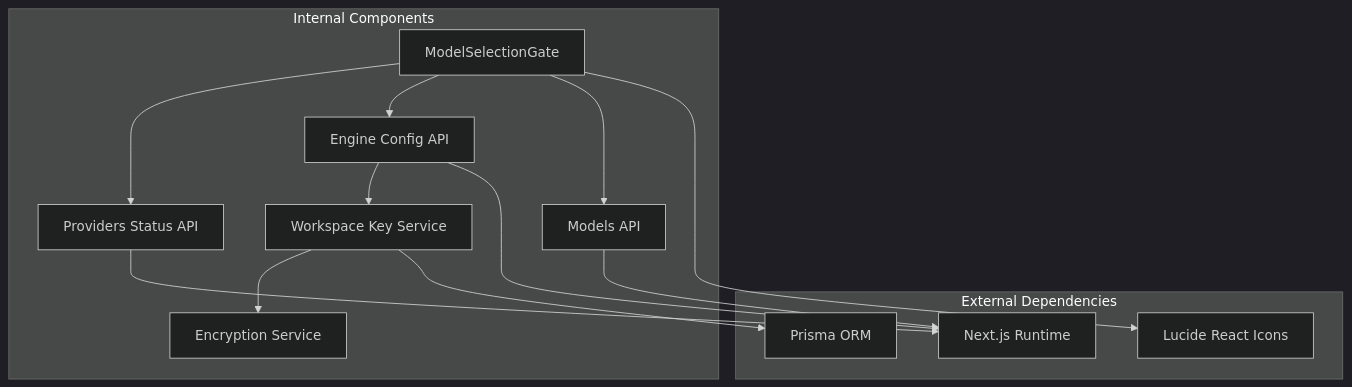
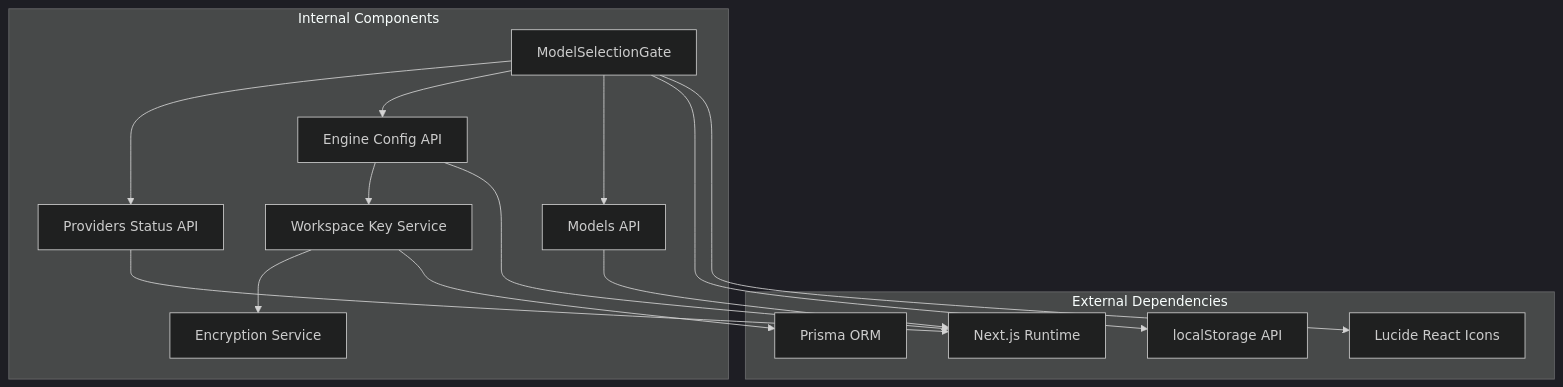
One commit to shekhargiri005-dotcom/AI-powered-accessibility-first-UI-engine changed the fifth of 5 diagrams in .qoder/repowiki/en/content/Model Selection Gate.md. Above: the diagram before and after it, drawn with Mermaid (dark theme). The commit also changed other lines of this file and 22 other files, not shown here.

````diff
--- a/.qoder/repowiki/en/content/Model Selection Gate.md
+++ b/.qoder/repowiki/en/content/Model Selection Gate.md
@@ -286,26 +355,28 @@
 ```mermaid
 graph TB
 subgraph "External Dependencies"
 LUCIDE[Lucide React Icons]
 NEXTJS[Next.js Runtime]
 PRISMA[Prisma ORM]
+LOCALSTORAGE[localStorage API]
 end
 subgraph "Internal Components"
 MSG[ModelSelectionGate]
 PSTATUS[Providers Status API]
 ECONFIG[Engine Config API]
 MAPI[Models API]
 WKS[Workspace Key Service]
 ENC[Encryption Service]
 end
 MSG --> PSTATUS
 MSG --> ECONFIG
 MSG --> MAPI
+MSG --> LOCALSTORAGE
 ECONFIG --> WKS
 WKS --> ENC
 WKS --> PRISMA
 PSTATUS --> NEXTJS
 ECONFIG --> NEXTJS
 MAPI --> NEXTJS
 MSG --> LUCIDE
 ```
````
